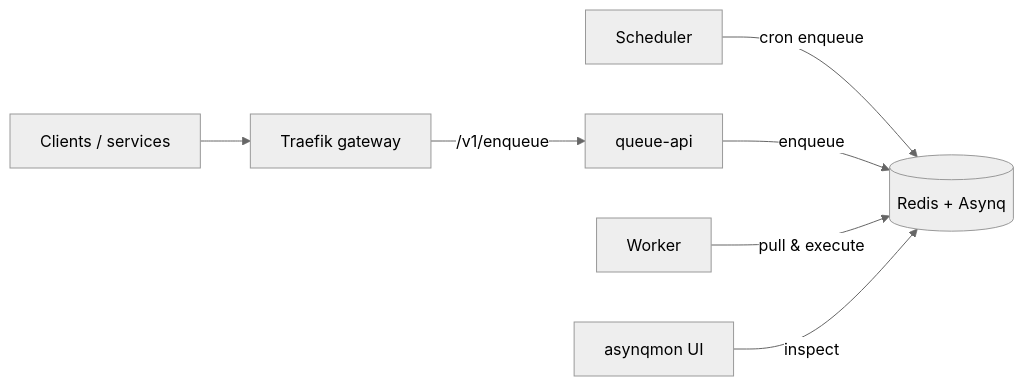
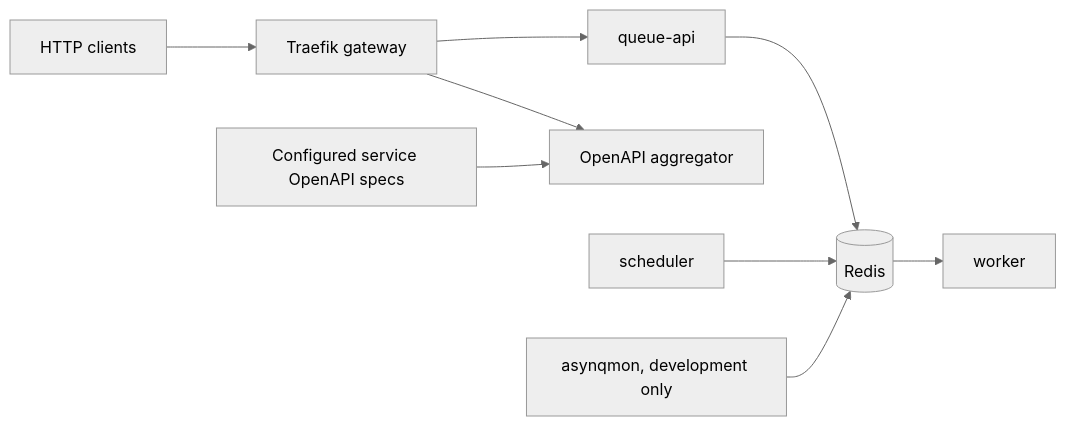
Before and after one commit to cadmus-group/posta: the diagram in README.md, drawn with Mermaid (neutral theme). The commit also changed other lines of this file and 11 other files, not shown here.

````diff
--- a/README.md
+++ b/README.md
@@ -25,9 +21,11 @@
 ```mermaid
 flowchart LR
-  client[Clients / services] --> traefik[Traefik gateway]
-  traefik -->|/v1/enqueue| queueapi[queue-api]
-  scheduler[Scheduler] -->|cron enqueue| redis[(Redis + Asynq)]
-  queueapi -->|enqueue| redis
-  worker[Worker] -->|pull & execute| redis
-  asynqmon[asynqmon UI] -->|inspect| redis
+  Client[HTTP clients] --> Gateway[Traefik gateway]
+  Gateway --> API[queue-api]
+  Gateway --> OpenAPI[OpenAPI aggregator]
+  API --> Redis[(Redis)]
+  Scheduler[scheduler] --> Redis
+  Redis --> Worker[worker]
+  Monitor[asynqmon, development only] --> Redis
+  Specs[Configured service OpenAPI specs] --> OpenAPI
 ```
````
